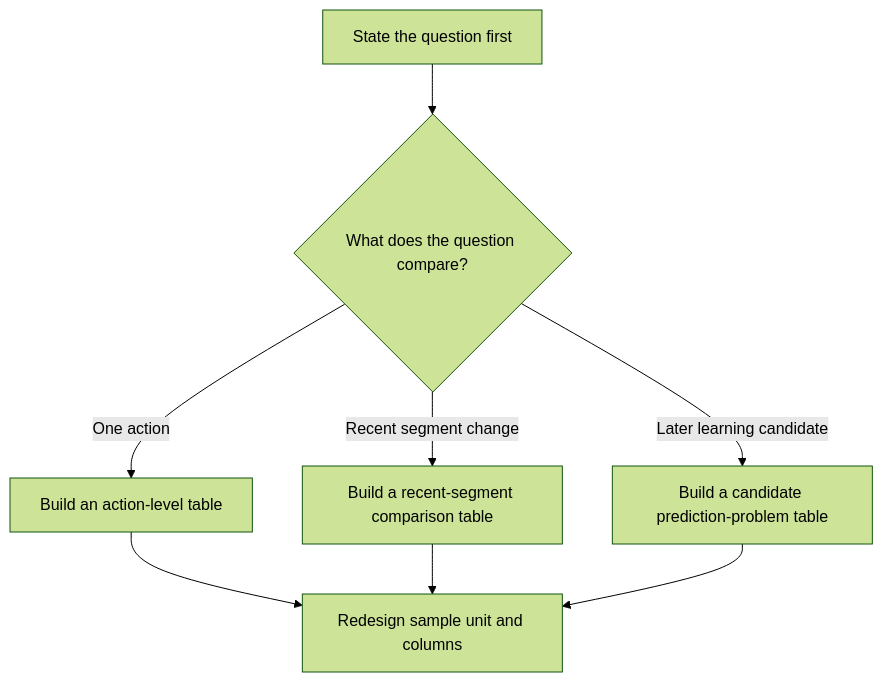
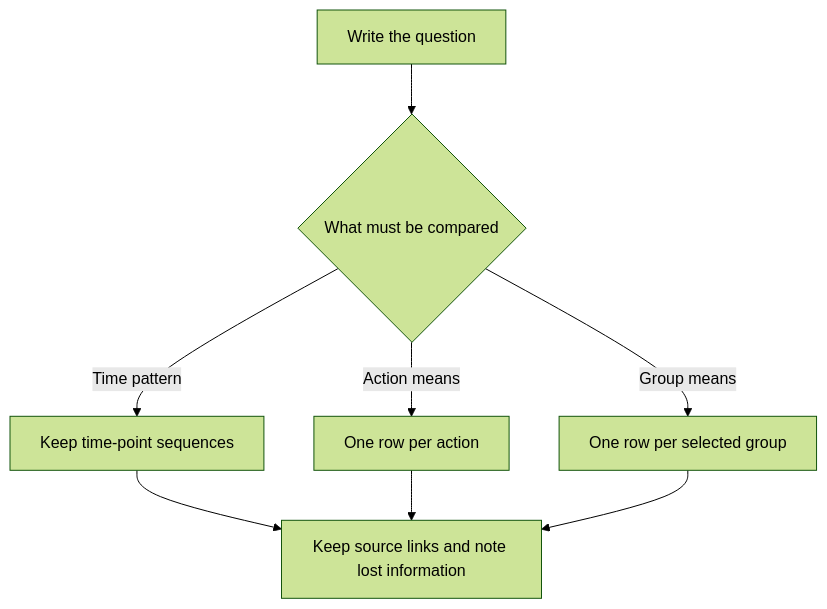
Before and after one commit to devchan64/AiBook: the diagram in docs/assets/part-03/chapter-03/p3-3-2-mermaid-01-en.mmd, drawn with Mermaid (forest theme). The commit also changed 22 other files, not shown here.

```diff
--- a/docs/assets/part-03/chapter-03/p3-3-2-mermaid-01-en.mmd
+++ b/docs/assets/part-03/chapter-03/p3-3-2-mermaid-01-en.mmd
@@ -1,8 +1,8 @@
 flowchart TD
-    A[State the question first] --> B{What does the question compare?}
-    B -- One action --> C[Build an action-level table]
-    B -- Recent segment change --> D[Build a recent-segment comparison table]
-    B -- Later learning candidate --> E[Build a candidate prediction-problem table]
-    C --> F[Redesign sample unit and columns]
+    A[Write the question] --> B{What must be compared}
+    B -- Time pattern --> C[Keep time-point sequences]
+    B -- Action means --> D[One row per action]
+    B -- Group means --> E[One row per selected group]
+    C --> F[Keep source links and note lost information]
     D --> F
     E --> F
```
